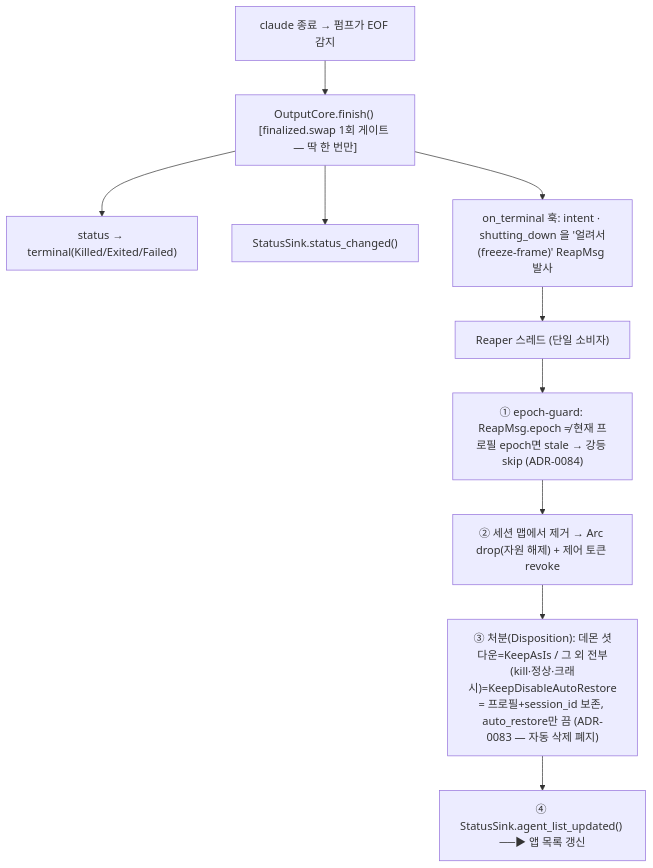
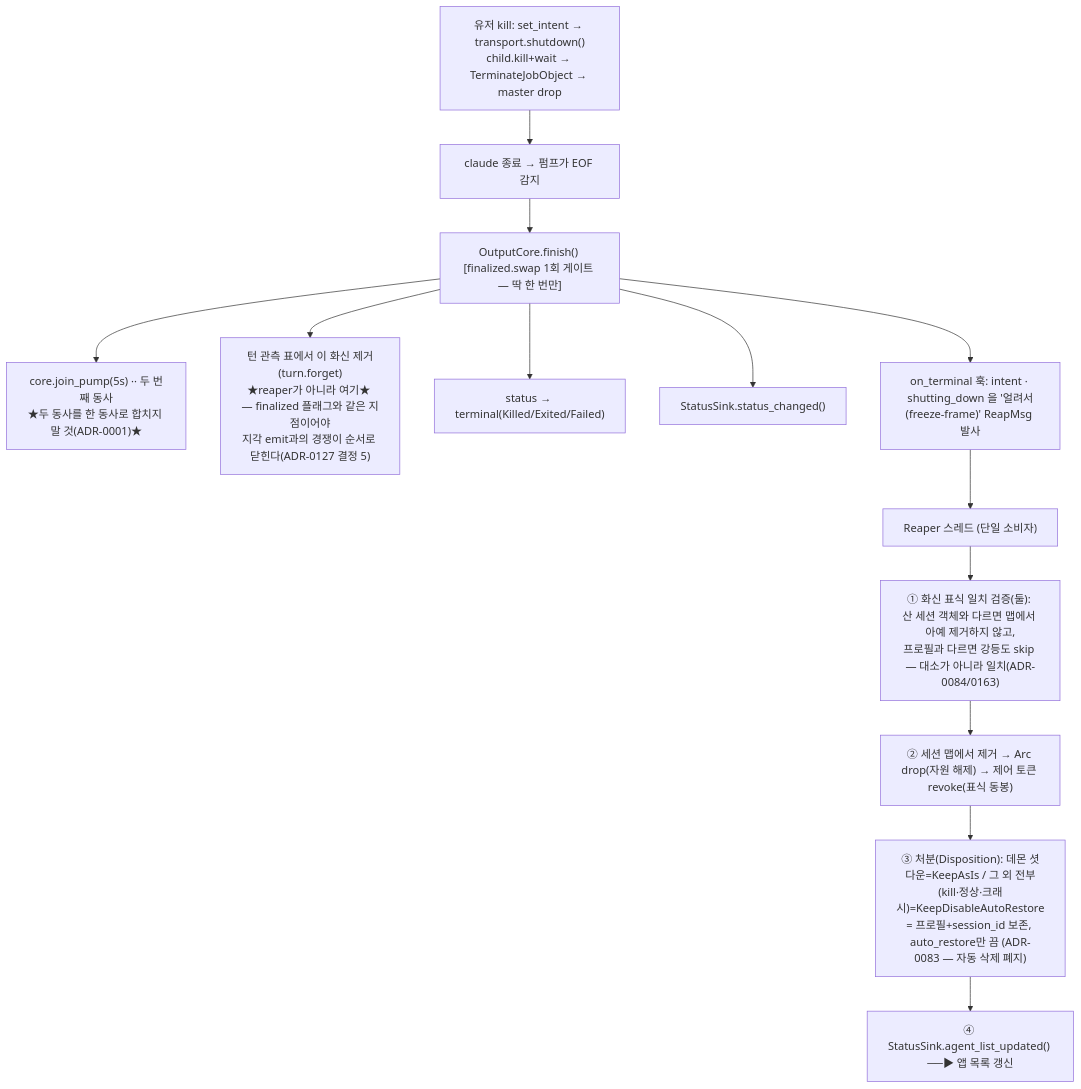
One commit to kimsunzun/engram-dashboard changed the seventh of 20 diagrams in docs/reference/architecture-overview.md. Above: the diagram before and after it, drawn with Mermaid. The commit also changed other lines of this file and 2 other files, not shown here.

````diff
--- a/docs/reference/architecture-overview.md
+++ b/docs/reference/architecture-overview.md
@@ -257,20 +283,26 @@
 ```mermaid
 flowchart TD
+  KILL["유저 kill: set_intent → transport.shutdown()<br/>child.kill+wait → TerminateJobObject → master drop"]
   DIE["claude 종료 → 펌프가 EOF 감지"]
   FIN["OutputCore.finish() [finalized.swap 1회 게이트 — 딱 한 번만]"]
+  JOIN["core.join_pump(5s) ·· 두 번째 동사<br/>★두 동사를 한 동사로 합치지 말 것(ADR-0001)★"]
+  TURN["턴 관측 표에서 이 화신 제거(turn.forget)<br/>★reaper가 아니라 여기★ — finalized 플래그와 같은 지점이어야<br/>지각 emit과의 경쟁이 순서로 닫힌다(ADR-0127 결정 5)"]
   ST["status → terminal(Killed/Exited/Failed)"]
   SC["StatusSink.status_changed()"]
   HOOK["on_terminal 훅: intent · shutting_down 을 '얼려서(freeze-frame)' ReapMsg 발사"]
   REAPER["Reaper 스레드 (단일 소비자)"]
-  R1["① epoch-guard: ReapMsg.epoch ≠ 현재 프로필 epoch면 stale → 강등 skip (ADR-0084)"]
-  R2["② 세션 맵에서 제거 → Arc drop(자원 해제) + 제어 토큰 revoke"]
+  R1["① 화신 표식 일치 검증(둘): 산 세션 객체와 다르면 맵에서 아예 제거하지 않고,<br/>프로필과 다르면 강등도 skip — 대소가 아니라 일치(ADR-0084/0163)"]
+  R2["② 세션 맵에서 제거 → Arc drop(자원 해제) → 제어 토큰 revoke(표식 동봉)"]
   R3["③ 처분(Disposition): 데몬 셧다운=KeepAsIs / 그 외 전부(kill·정상·크래시)=KeepDisableAutoRestore<br/>= 프로필+session_id 보존, auto_restore만 끔 (ADR-0083 — 자동 삭제 폐지)"]
   R4["④ StatusSink.agent_list_updated() ──▶ 앱 목록 갱신"]
 
+  KILL --> DIE
   DIE --> FIN
+  FIN --> JOIN
+  FIN --> TURN
   FIN --> ST
   FIN --> SC
   FIN --> HOOK
   HOOK --> REAPER
   REAPER --> R1 --> R2 --> R3 --> R4
 ```
````
